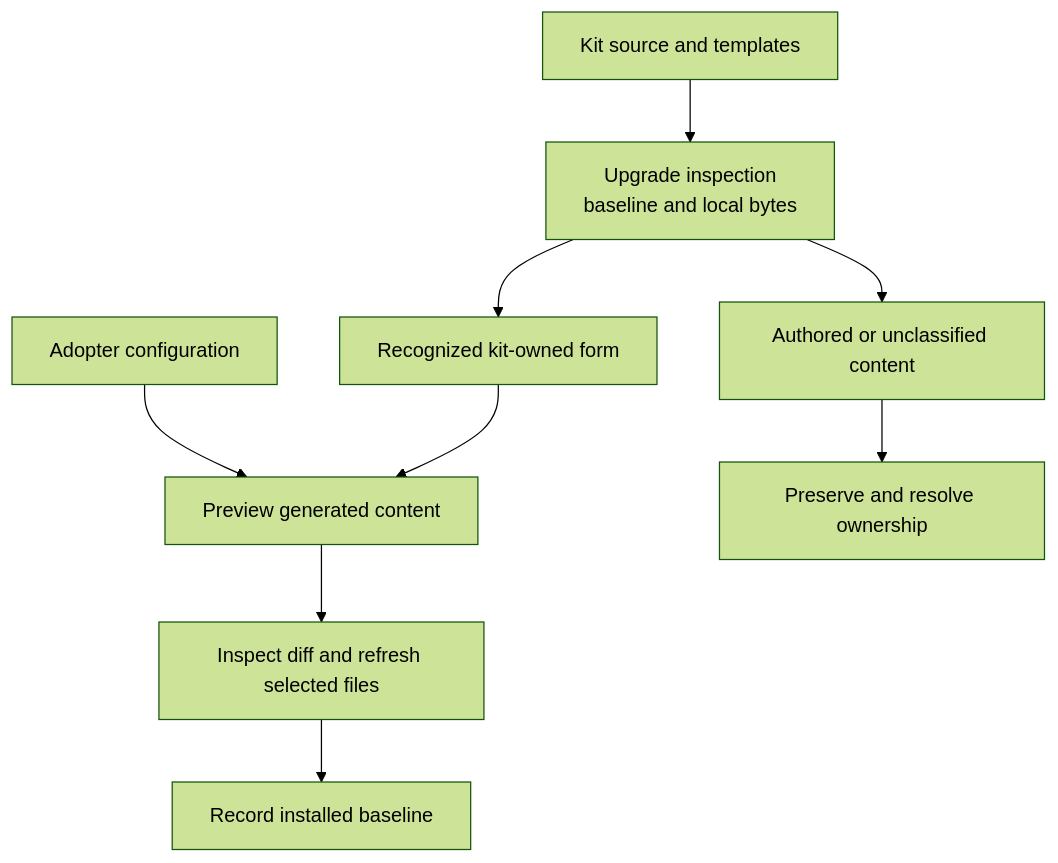
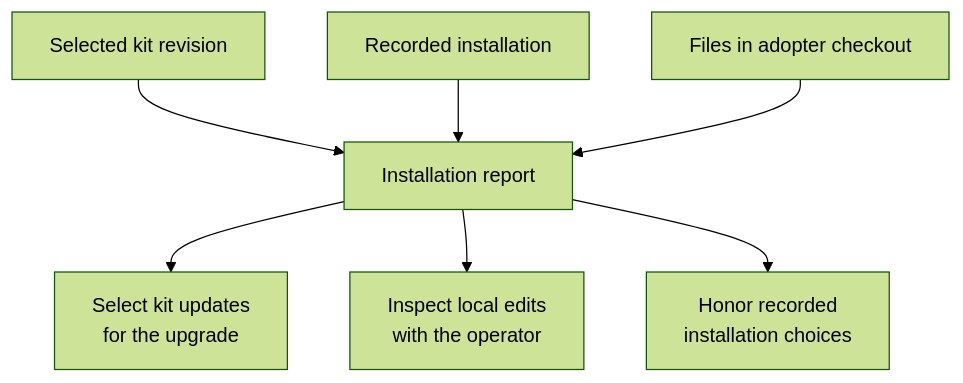
The diagram in docs/ownership.md (topij/agentic-dev-kit), drawn with Mermaid (forest theme) before and after one commit. The commit also changed other lines of this file and 12 other files, not shown here.

````diff
--- a/docs/ownership.md
+++ b/docs/ownership.md
@@ -25,11 +10,11 @@
 ```mermaid
-flowchart TB
-    Source["Kit source and templates"] --> Inspect["Upgrade inspection<br/>baseline and local bytes"]
-    Config["Adopter configuration"] --> Preview["Preview generated content"]
-    Inspect --> Known["Recognized kit-owned form"]
-    Inspect --> Unknown["Authored or unclassified content"]
-    Known --> Preview
-    Preview --> Diff["Inspect diff and refresh selected files"]
-    Unknown --> Preserve["Preserve and resolve ownership"]
-    Diff --> Baseline["Record installed baseline"]
+flowchart TD
+    accTitle: What the upgrade inspector compares
+    accDescr: The inspector compares the selected kit revision, the recorded installation and the adopter's current files. Its report distinguishes kit updates from local decisions that need the operator's attention.
+    Kit["Selected kit revision"] --> Report["Installation report"]
+    Baseline["Recorded installation"] --> Report
+    Local["Files in adopter checkout"] --> Report
+    Report --> Refresh["Select kit updates<br/>for the upgrade"]
+    Report --> Edit["Inspect local edits<br/>with the operator"]
+    Report --> Keep["Honor recorded<br/>installation choices"]
 ```
````
